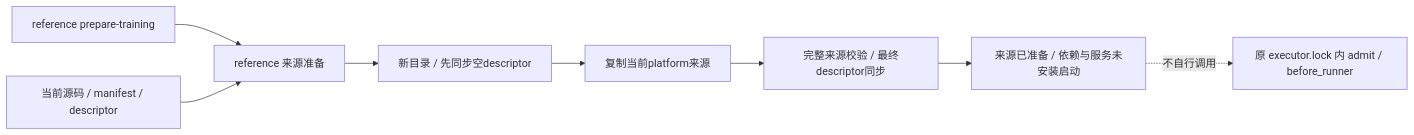
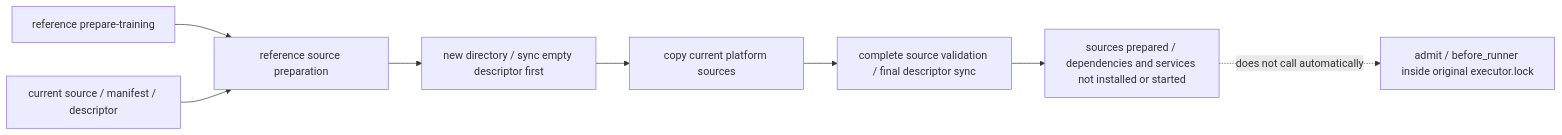
Before and after one commit to 626619403/Ergora: the second of 2 diagrams in docs/architecture/reference-boundary.md, drawn with Mermaid. The commit also changed other lines of this file and 439 other files, not shown here.

````diff
--- a/docs/architecture/reference-boundary.md
+++ b/docs/architecture/reference-boundary.md
@@ -102,10 +86,10 @@
 ```mermaid
 flowchart LR
-  CLI[reference prepare-training] --> Prepare[reference 来源准备]
-  Current[当前源码 / manifest / descriptor] --> Prepare
-  Prepare --> Pending[新目录 / 先同步空descriptor]
-  Pending --> Copy[复制当前platform来源]
-  Copy --> Verify[完整来源校验 / 最终descriptor同步]
-  Verify --> Ready[来源已准备 / 依赖与服务未安装启动]
-  Ready -. 不自行调用 .-> Hook[原 executor.lock 内 admit / before_runner]
+  CLI[reference prepare-training] --> Prepare[reference source preparation]
+  Current[current source / manifest / descriptor] --> Prepare
+  Prepare --> Pending[new directory / sync empty descriptor first]
+  Pending --> Copy[copy current platform sources]
+  Copy --> Verify[complete source validation / final descriptor sync]
+  Verify --> Ready[sources prepared / dependencies and services not installed or started]
+  Ready -. does not call automatically .-> Hook[admit / before_runner inside original executor.lock]
 ```
````
